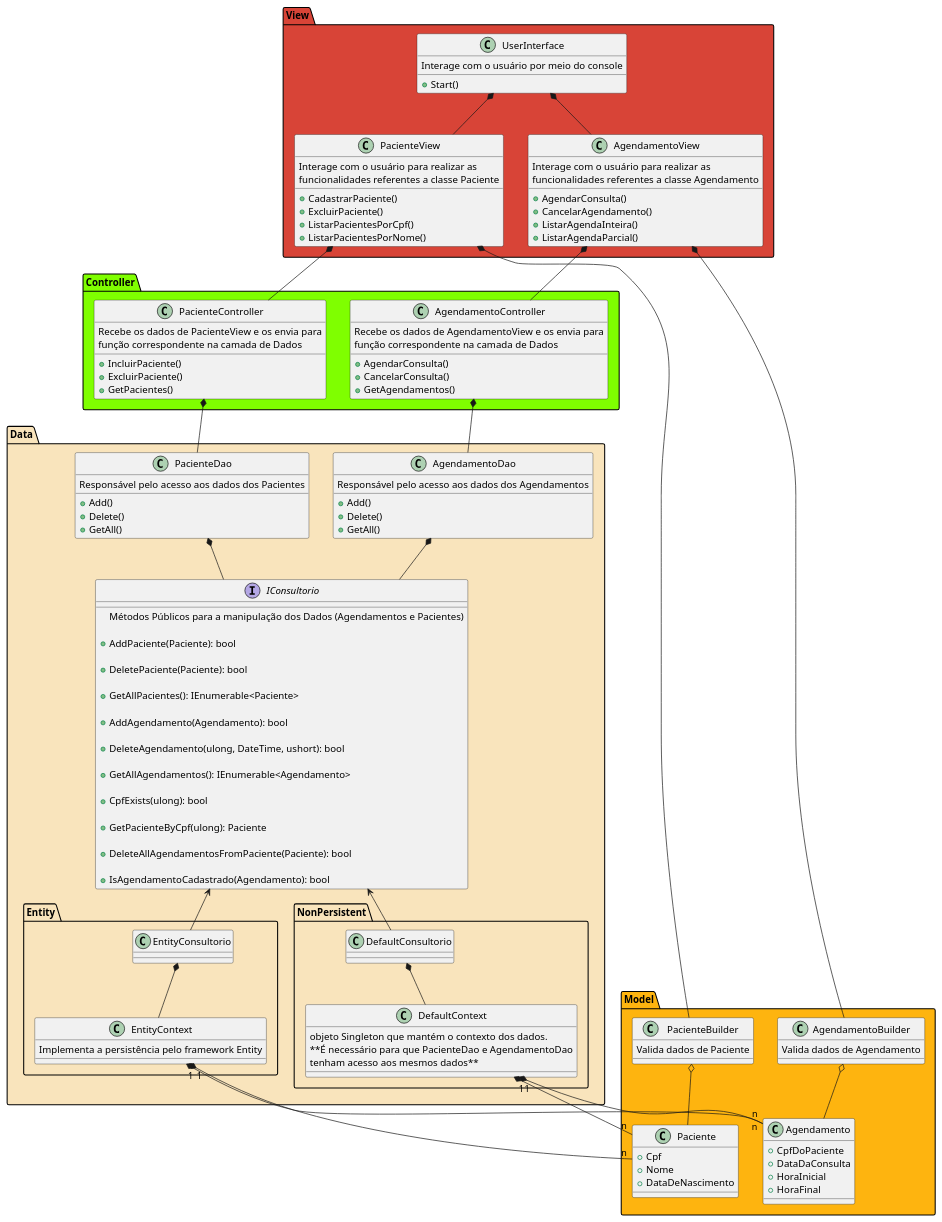
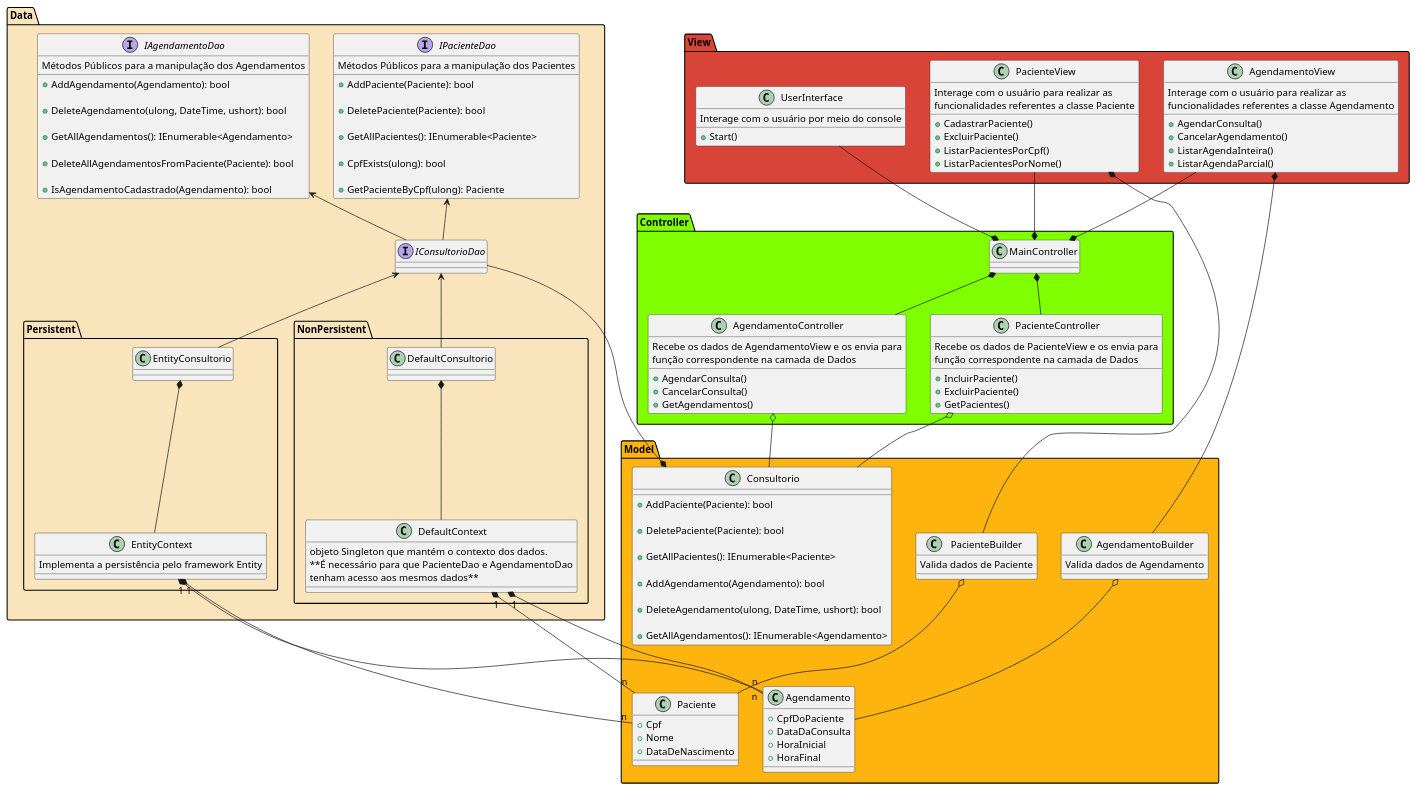
The diagram in diagrama.puml (isaaclvf/ResidenciaDesafio3), drawn with PlantUML before and after one commit. The commit also changed 9 other files, not shown here.

```diff
--- a/diagrama.puml
+++ b/diagrama.puml
@@ -1,158 +1,176 @@
 @startuml
 
 package Model #feb40f {
 class "Agendamento" as ag {
 +CpfDoPaciente
 +DataDaConsulta
 +HoraInicial
 +HoraFinal
 }
 class agb as "AgendamentoBuilder"{
 Valida dados de Agendamento
 }
 class pc as "Paciente" {
 +Cpf
 +Nome
 +DataDeNascimento
 }
 class pcb as "  PacienteBuilder  " {
 Valida dados de Paciente
 }
+
+class "Consultorio" as c {
+
+        +AddPaciente(Paciente): bool
+
+        +DeletePaciente(Paciente): bool
+
+        +GetAllPacientes(): IEnumerable<Paciente> 
+
+        +AddAgendamento(Agendamento): bool
+
+        +DeleteAgendamento(ulong, DateTime, ushort): bool
+
+        +GetAllAgendamentos(): IEnumerable<Agendamento> 
+}
+
 }
 
 package Controller #7FFF00 {
+
+class "MainController" as mc {
+}
 
 class "AgendamentoController" as agc {
 Recebe os dados de AgendamentoView e os envia para 
 função correspondente na camada de Dados 
 +AgendarConsulta()
 +CancelarConsulta()
 +GetAgendamentos()
 }
 class pcc as "PacienteController" {
 Recebe os dados de PacienteView e os envia para 
 função correspondente na camada de Dados 
 +IncluirPaciente()
 +ExcluirPaciente()
 +GetPacientes()
 }
 }
 
 package View #D84437 {
 
 class "PacienteView" as pv {
 Interage com o usuário para realizar as 
 funcionalidades referentes a classe Paciente
 +CadastrarPaciente()
 +ExcluirPaciente()
 +ListarPacientesPorCpf()
 +ListarPacientesPorNome()
 }
 
 class "AgendamentoView" as av {
 Interage com o usuário para realizar as 
 funcionalidades referentes a classe Agendamento
 +AgendarConsulta()
 +CancelarAgendamento()
 +ListarAgendaInteira()
 +ListarAgendaParcial()
 }
 
 class "UserInterface" as ui {
 Interage com o usuário por meio do console
 +Start()
 }
 }
 
 package Data #F9E4BC {
 
-interface "IConsultorio" as ic{
-Métodos Públicos para a manipulação dos Dados (Agendamentos e Pacientes)
+interface "IConsultorioDao" as icd {}
+
+interface "IPacienteDao" as ipd {
+Métodos Públicos para a manipulação dos Pacientes
 
         +AddPaciente(Paciente): bool
 
         +DeletePaciente(Paciente): bool
 
         +GetAllPacientes(): IEnumerable<Paciente> 
 
+        +CpfExists(ulong): bool
+
+        +GetPacienteByCpf(ulong): Paciente 
+}
+
+interface "IAgendamentoDao" as iad {
+Métodos Públicos para a manipulação dos Agendamentos
+
         +AddAgendamento(Agendamento): bool
 
         +DeleteAgendamento(ulong, DateTime, ushort): bool
 
         +GetAllAgendamentos(): IEnumerable<Agendamento> 
 
-        +CpfExists(ulong): bool
-
-        +GetPacienteByCpf(ulong): Paciente 
-
         +DeleteAllAgendamentosFromPaciente(Paciente): bool
 
         +IsAgendamentoCadastrado(Agendamento): bool
 }
 
-class "PacienteDao" as pd {
-Responsável pelo acesso aos dados dos Pacientes
-+Add()
-+Delete()
-+GetAll()
-}
-class "AgendamentoDao" as ad {
-Responsável pelo acesso aos dados dos Agendamentos
-+Add()
-+Delete()
-+GetAll()
-}
 
-package Entity {
+package Persistent {
 
 class "EntityConsultorio" as ce {
 }
 class "EntityContext" as cc {
 Implementa a persistência pelo framework Entity
 } 
 }
 
 package NonPersistent {
 
 class "DefaultConsultorio" as dc {
 }
 
 class "DefaultContext" as dcc {
 objeto Singleton que mantém o contexto dos dados.
 **É necessário para que PacienteDao e AgendamentoDao
 tenham acesso aos mesmos dados**
 }
 
 }
 
 pcb o-down- pc
 agb o-down- ag
 
-ui *-down- av
-ui *-down- pv
-
-pcc *-- pd
-agc *-- ad
 
 dcc "1" *-- "n" pc
 dcc "1" *-- "n" ag
 cc "1" *-- "n" pc
 cc "1" *-- "n" ag
 
-pv *-- pcc
-av *-- agc
-
 
 pv *--  pcb
 av *-- agb
 
-pd *-- ic
-ad *-- ic
+c *-down- icd
 
-ic <-- dc
-ic <-- ce
+icd <-- dc
+icd <-- ce
 
+dc *-- dcc
 ce *-- cc
-dc *-- dcc
+
+pcc o-down- c
+agc o-down- c
+
+mc *-up- ui
+mc *-down- pcc
+mc *-down- agc
+mc *-up- av
+mc *-up- pv
+
+ipd <-down- icd
+iad <-down- icd
+
+
 
 @enduml
```
